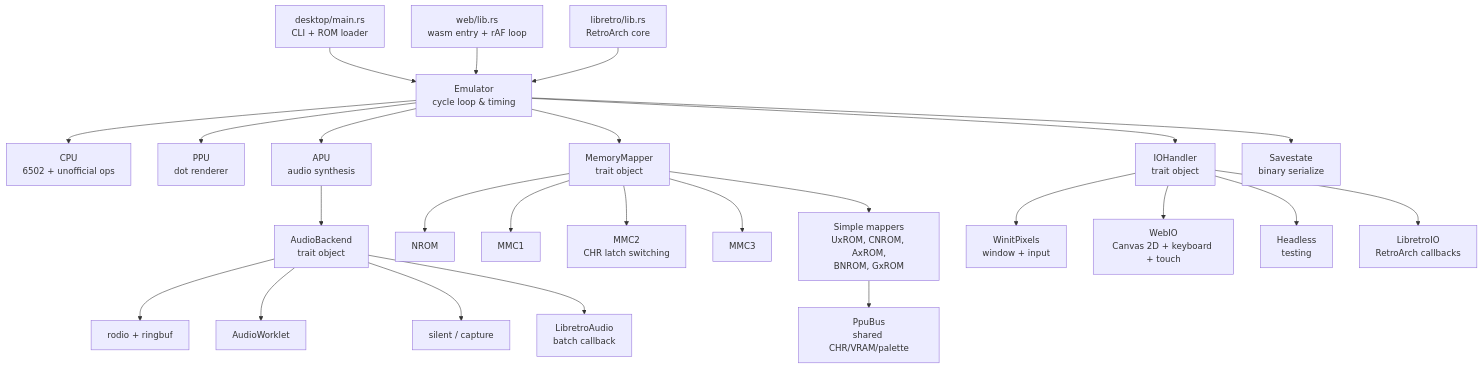
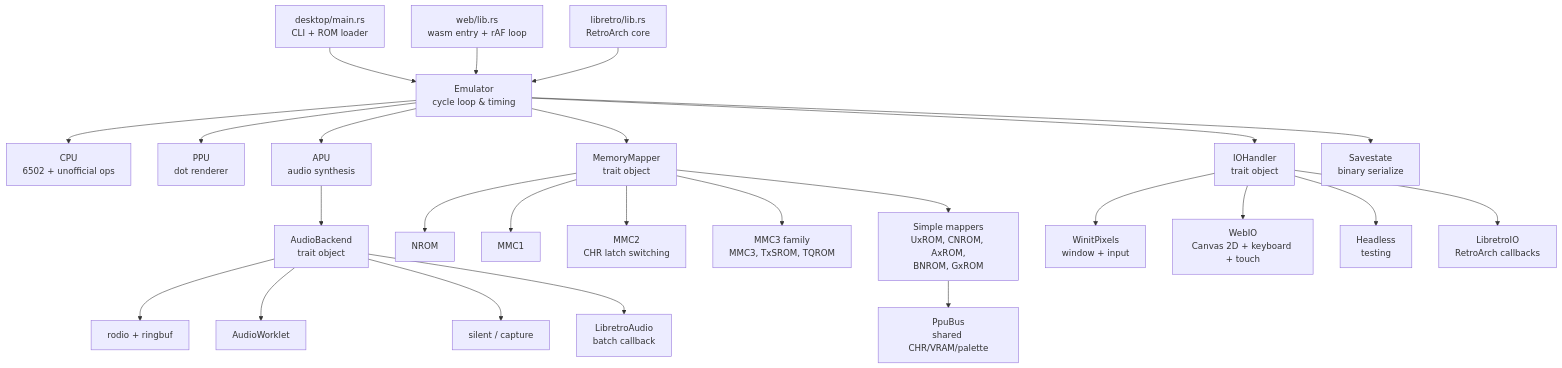
One commit to aastrand/krankulator changed the diagram in README.md. Above: the diagram before and after it, drawn with Mermaid. The commit also changed other lines of this file and 4 other files, not shown here.

First line of the commit message:
Add mapper 118 (TxSROM) and 119 (TQROM) as MMC3 variants

````diff
--- a/README.md
+++ b/README.md
@@ -32,32 +32,32 @@
 ```mermaid
 graph TD
     Main["desktop/main.rs<br/>CLI + ROM loader"] --> Emu["Emulator<br/>cycle loop & timing"]
     Web["web/lib.rs<br/>wasm entry + rAF loop"] --> Emu
     Libretro["libretro/lib.rs<br/>RetroArch core"] --> Emu
 
     Emu --> CPU["CPU<br/>6502 + unofficial ops"]
     Emu --> PPU["PPU<br/>dot renderer"]
     Emu --> APU["APU<br/>audio synthesis"]
     Emu --> Mem["MemoryMapper<br/>trait object"]
 
     Mem --> NROM
     Mem --> MMC1
     Mem --> MMC2["MMC2<br/>CHR latch switching"]
-    Mem --> MMC3
+    Mem --> MMC3["MMC3 family<br/>MMC3, TxSROM, TQROM"]
     Mem --> Simple["Simple mappers<br/>UxROM, CNROM, AxROM,<br/>BNROM, GxROM"]
     Simple --> PpuBus["PpuBus<br/>shared CHR/VRAM/palette"]
 
     Emu --> IO["IOHandler<br/>trait object"]
     IO --> Winit["WinitPixels<br/>window + input"]
     IO --> WebIO["WebIO<br/>Canvas 2D + keyboard + touch"]
     IO --> Headless["Headless<br/>testing"]
     IO --> LibretroIO["LibretroIO<br/>RetroArch callbacks"]
 
     APU --> Audio["AudioBackend<br/>trait object"]
     Audio --> Rodio["rodio + ringbuf"]
     Audio --> Worklet["AudioWorklet"]
     Audio --> Silent["silent / capture"]
     Audio --> LibretroAudio["LibretroAudio<br/>batch callback"]
 
     Emu --> SS["Savestate<br/>binary serialize"]
 ```
````
